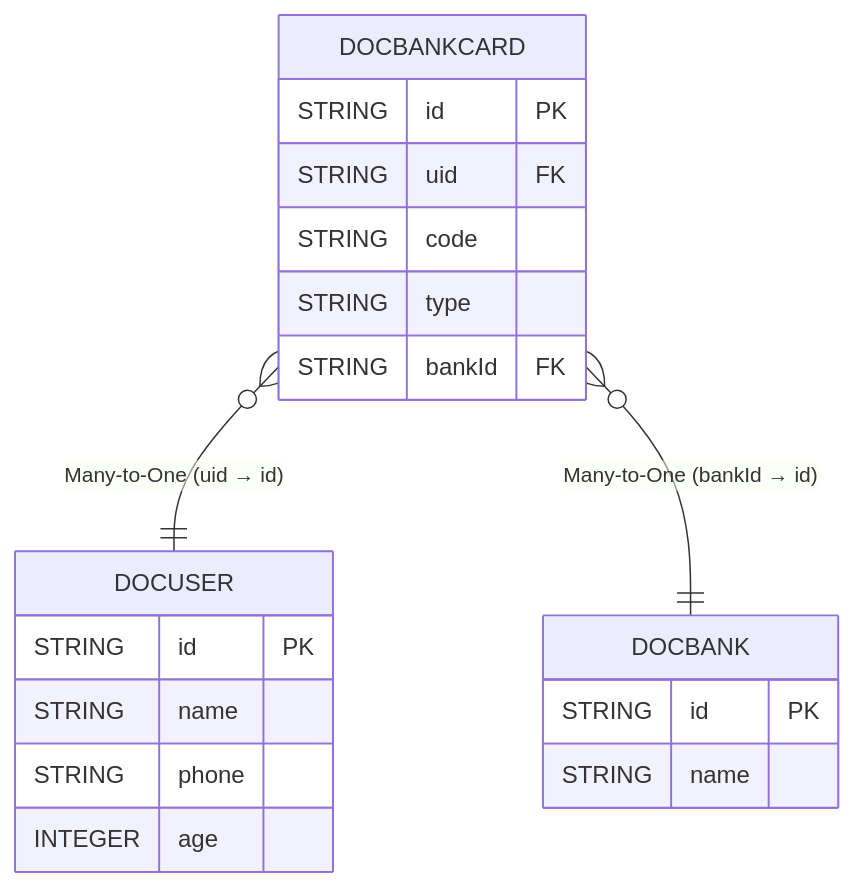
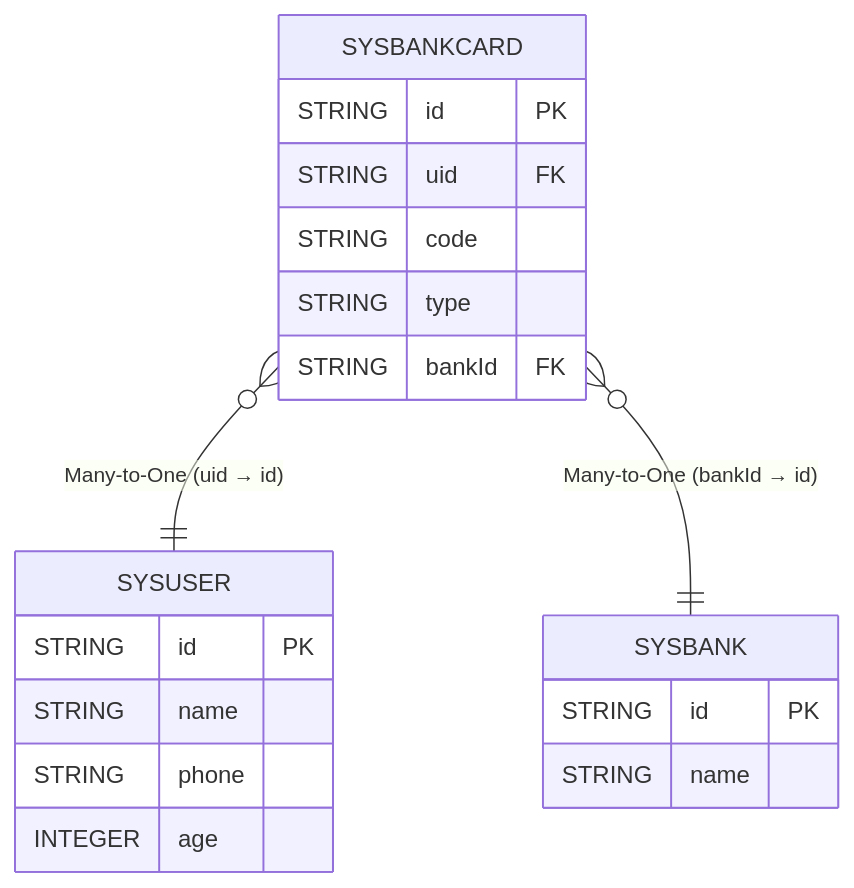
One commit to xuejmnet/eq-v3-doc changed the diagram in src/startup/quick-query.md. Above: the diagram before and after it, drawn with Mermaid. The commit also changed other lines of this file and 161 other files, not shown here.

````diff
--- a/src/startup/quick-query.md
+++ b/src/startup/quick-query.md
@@ -26,25 +26,25 @@
 ```mermaid
 erDiagram
-    DOCBANKCARD {
+    SYSBANKCARD {
         STRING id PK
         STRING uid FK
         STRING code
         STRING type
         STRING bankId FK
     }
     
-    DOCUSER {
+    SYSUSER {
         STRING id PK
         STRING name
         STRING phone
         INTEGER age
     }
     
-    DOCBANK {
+    SYSBANK {
         STRING id PK
         STRING name
     }
 
-    DOCBANKCARD }o--|| DOCUSER : "Many-to-One (uid → id)"
-    DOCBANKCARD }o--|| DOCBANK : "Many-to-One (bankId → id)"
+    SYSBANKCARD }o--|| SYSUSER : "Many-to-One (uid → id)"
+    SYSBANKCARD }o--|| SYSBANK : "Many-to-One (bankId → id)"
 ```
````
